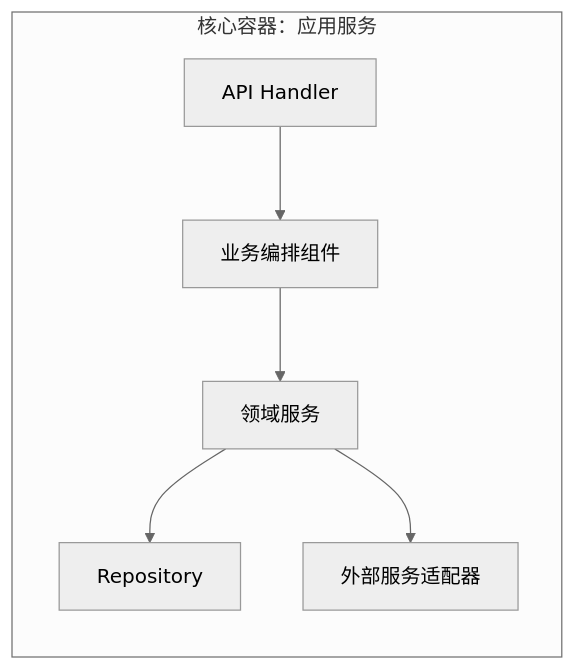
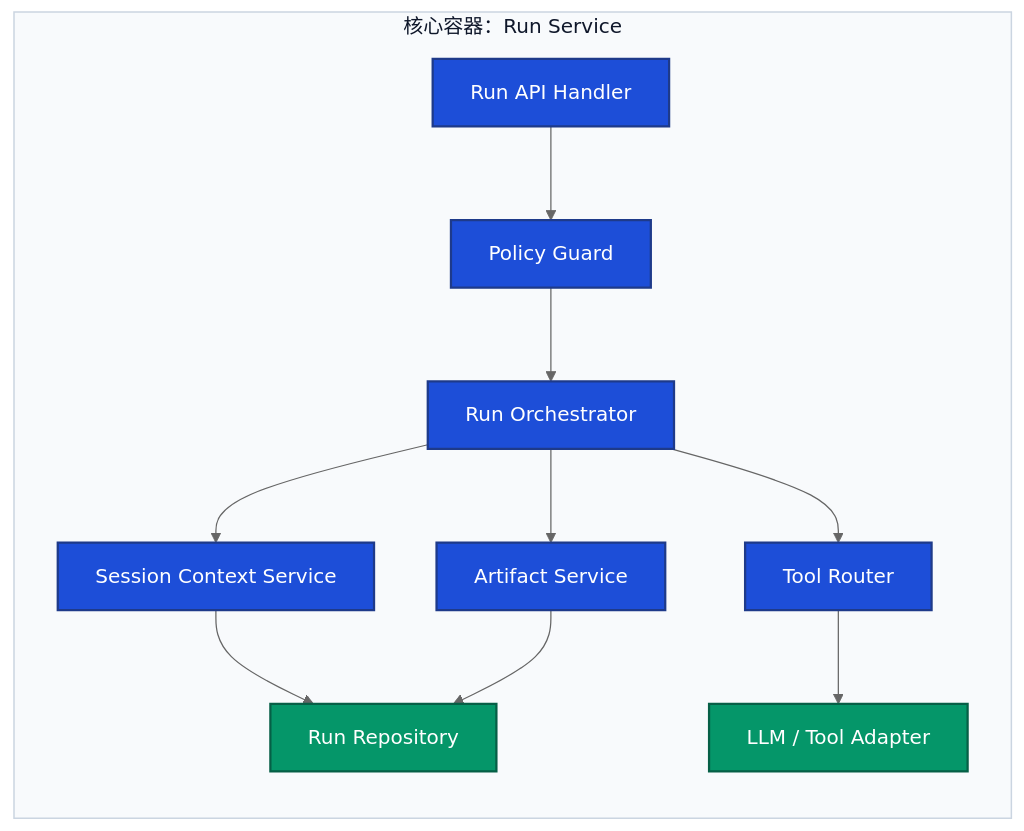
The diagram in 7.提示词与AI协作/分析维度与标准出图/核心组件图.md (amuqiao/FastAPI-MVC), drawn with Mermaid (neutral theme) before and after one commit. The commit also changed other lines of this file and 23 other files, not shown here.

````diff
--- a/7.提示词与AI协作/分析维度与标准出图/核心组件图.md
+++ b/7.提示词与AI协作/分析维度与标准出图/核心组件图.md
@@ -34,15 +39,30 @@
 ```mermaid
 flowchart LR
-    subgraph CONTAINER["核心容器：应用服务"]
-        API["API Handler"]
-        Orchestrator["业务编排组件"]
-        Domain["领域服务"]
-        Repo["Repository"]
-        Adapter["外部服务适配器"]
+    subgraph CONTAINER["核心容器：Run Service"]
+        API["Run API Handler"]
+        Policy["Policy Guard"]
+        Orchestrator["Run Orchestrator"]
+        Session["Session Context Service"]
+        Tooling["Tool Router"]
+        Artifact["Artifact Service"]
+        Repo["Run Repository"]
+        Adapter["LLM / Tool Adapter"]
     end
 
-    API --> Orchestrator
-    Orchestrator --> Domain
-    Domain --> Repo
-    Domain --> Adapter
+    API --> Policy
+    Policy --> Orchestrator
+    Orchestrator --> Session
+    Orchestrator --> Tooling
+    Orchestrator --> Artifact
+    Session --> Repo
+    Artifact --> Repo
+    Tooling --> Adapter
+
+    classDef componentStyle fill:#1d4ed8,stroke:#1e3a8a,stroke-width:1.8px,color:#ffffff
+    classDef supportStyle fill:#059669,stroke:#065f46,stroke-width:1.8px,color:#ffffff
+    classDef layerStyle fill:#f8fafc,stroke:#cbd5e1,stroke-width:1.2px,color:#0f172a
+
+    class API,Policy,Orchestrator,Session,Tooling,Artifact componentStyle
+    class Repo,Adapter supportStyle
+    class CONTAINER layerStyle
 ```
````
